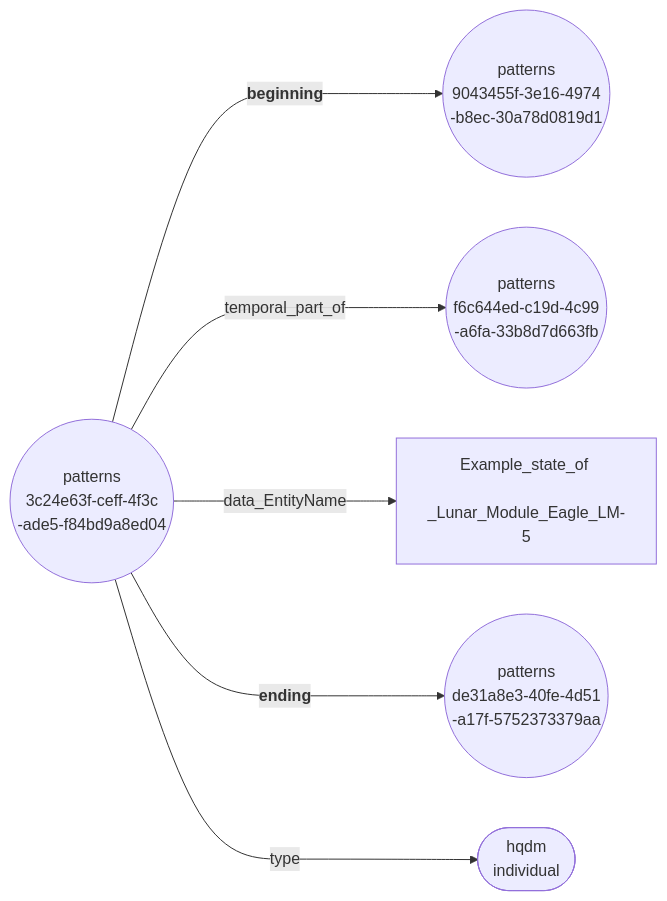
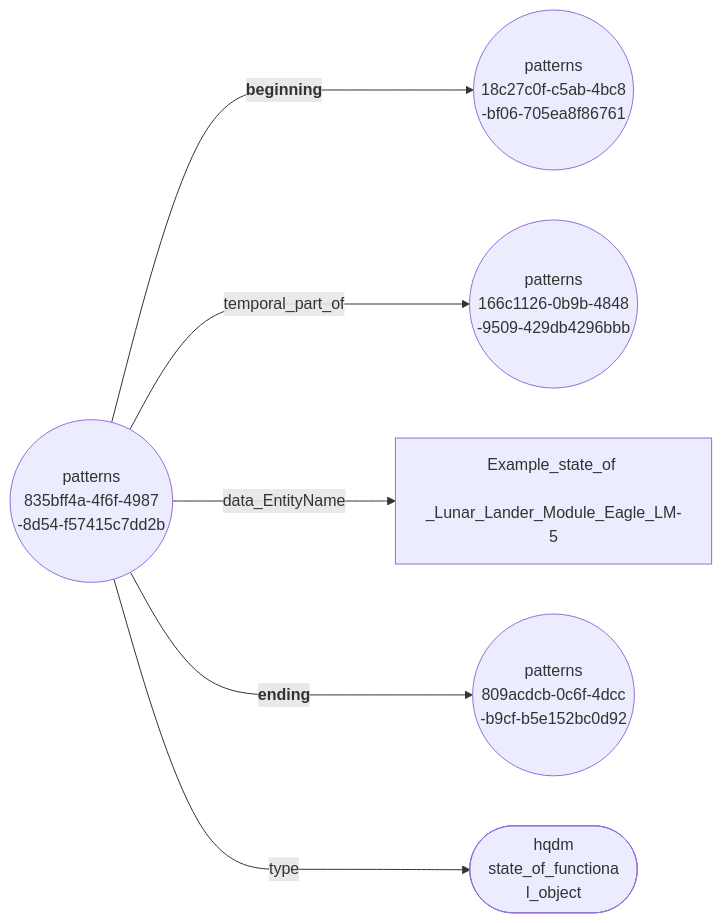
One commit to ClimbingAl/HqdmPatterns changed the diagram in docs/extras/example-files/orderEventsNodeEdgeGraph.mermaid. Above: the diagram before and after it, drawn with Mermaid. The commit also changed 53 other files, not shown here.

````diff
--- a/docs/extras/example-files/orderEventsNodeEdgeGraph.mermaid
+++ b/docs/extras/example-files/orderEventsNodeEdgeGraph.mermaid
@@ -1,8 +1,8 @@
 ``` mermaid
 graph LR
-  3c24e63f-ceff-4f3c-ade5-f84bd9a8ed04(("patterns <br> 3c24e63f-ceff-4f3c <br> -ade5-f84bd9a8ed04"))--->|"<b> beginning"|9043455f-3e16-4974-b8ec-30a78d0819d1(("patterns <br> 9043455f-3e16-4974 <br> -b8ec-30a78d0819d1"));
-  3c24e63f-ceff-4f3c-ade5-f84bd9a8ed04(("patterns <br> 3c24e63f-ceff-4f3c <br> -ade5-f84bd9a8ed04"))--->|"temporal_part_of"|f6c644ed-c19d-4c99-a6fa-33b8d7d663fb(("patterns <br> f6c644ed-c19d-4c99 <br> -a6fa-33b8d7d663fb"));
-  3c24e63f-ceff-4f3c-ade5-f84bd9a8ed04(("patterns <br> 3c24e63f-ceff-4f3c <br> -ade5-f84bd9a8ed04"))--->|"data_EntityName"|Example_state_of_Lunar_Module_Eagle_LM-5["Example_state_of <br> _Lunar_Module_Eagle_LM-5"];
-  3c24e63f-ceff-4f3c-ade5-f84bd9a8ed04(("patterns <br> 3c24e63f-ceff-4f3c <br> -ade5-f84bd9a8ed04"))--->|"<b> ending"|de31a8e3-40fe-4d51-a17f-5752373379aa(("patterns <br> de31a8e3-40fe-4d51 <br> -a17f-5752373379aa"));
-  3c24e63f-ceff-4f3c-ade5-f84bd9a8ed04(("patterns <br> 3c24e63f-ceff-4f3c <br> -ade5-f84bd9a8ed04"))--->|"type"|individual(["hqdm <br> individual"]);
+  835bff4a-4f6f-4987-8d54-f57415c7dd2b(("patterns <br> 835bff4a-4f6f-4987 <br> -8d54-f57415c7dd2b"))--->|"<b> beginning"|18c27c0f-c5ab-4bc8-bf06-705ea8f86761(("patterns <br> 18c27c0f-c5ab-4bc8 <br> -bf06-705ea8f86761"));
+  835bff4a-4f6f-4987-8d54-f57415c7dd2b(("patterns <br> 835bff4a-4f6f-4987 <br> -8d54-f57415c7dd2b"))--->|"temporal_part_of"|166c1126-0b9b-4848-9509-429db4296bbb(("patterns <br> 166c1126-0b9b-4848 <br> -9509-429db4296bbb"));
+  835bff4a-4f6f-4987-8d54-f57415c7dd2b(("patterns <br> 835bff4a-4f6f-4987 <br> -8d54-f57415c7dd2b"))--->|"data_EntityName"|Example_state_of_Lunar_Lander_Module_Eagle_LM-5["Example_state_of <br> _Lunar_Lander_Module_Eagle_LM-5"];
+  835bff4a-4f6f-4987-8d54-f57415c7dd2b(("patterns <br> 835bff4a-4f6f-4987 <br> -8d54-f57415c7dd2b"))--->|"<b> ending"|809acdcb-0c6f-4dcc-b9cf-b5e152bc0d92(("patterns <br> 809acdcb-0c6f-4dcc <br> -b9cf-b5e152bc0d92"));
+  835bff4a-4f6f-4987-8d54-f57415c7dd2b(("patterns <br> 835bff4a-4f6f-4987 <br> -8d54-f57415c7dd2b"))--->|"type"|state_of_functional_object(["hqdm <br> state_of_functiona <br> l_object"]);
 ```
````
